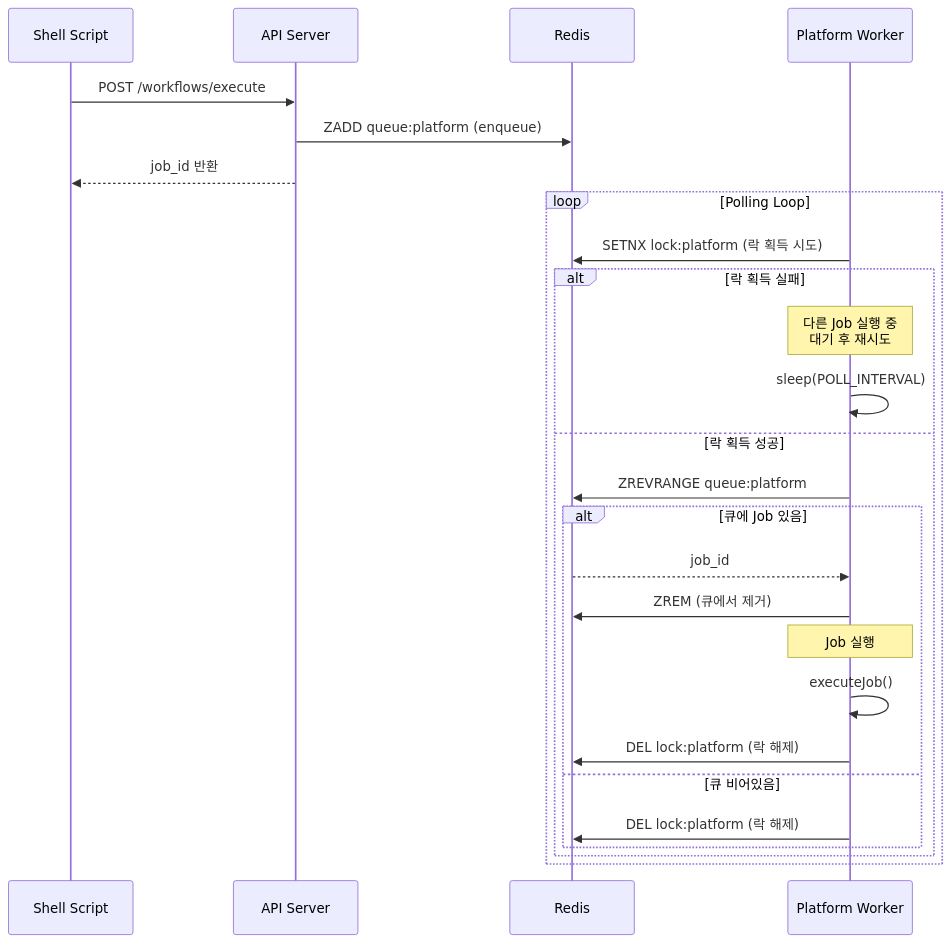
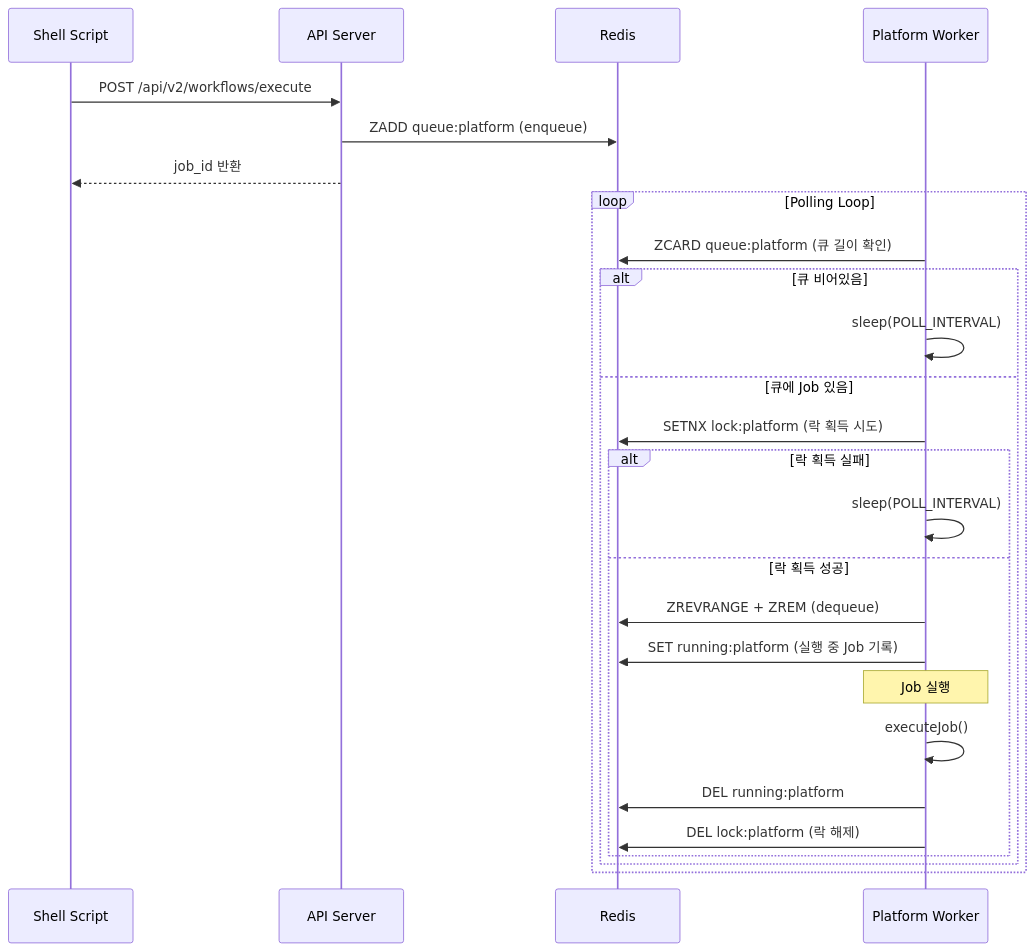
Before and after one commit to grandeclip/pouchit-scraper: the second of 2 diagrams in product_scanner/docs/MULTI_WORKER_QUEUE_DESIGN.md, drawn with Mermaid. The commit also changed other lines of this file and 10 other files, not shown here.

First line of the commit message:
feat(queue): Multi-Worker Queue System Phase 1 & 2 구현 완료

````diff
--- a/product_scanner/docs/MULTI_WORKER_QUEUE_DESIGN.md
+++ b/product_scanner/docs/MULTI_WORKER_QUEUE_DESIGN.md
@@ -183,30 +112,30 @@
 ```mermaid
 sequenceDiagram
     participant Client as Shell Script
     participant Server as API Server
     participant Redis
     participant Worker as Platform Worker
 
-    Client->>Server: POST /workflows/execute
+    Client->>Server: POST /api/v2/workflows/execute
     Server->>Redis: ZADD queue:platform (enqueue)
     Server-->>Client: job_id 반환
 
     loop Polling Loop
-        Worker->>Redis: SETNX lock:platform (락 획득 시도)
-        alt 락 획득 실패
-            Note over Worker: 다른 Job 실행 중<br/>대기 후 재시도
+        Worker->>Redis: ZCARD queue:platform (큐 길이 확인)
+        alt 큐 비어있음
             Worker->>Worker: sleep(POLL_INTERVAL)
-        else 락 획득 성공
-            Worker->>Redis: ZREVRANGE queue:platform
-            alt 큐에 Job 있음
-                Redis-->>Worker: job_id
-                Worker->>Redis: ZREM (큐에서 제거)
+        else 큐에 Job 있음
+            Worker->>Redis: SETNX lock:platform (락 획득 시도)
+            alt 락 획득 실패
+                Worker->>Worker: sleep(POLL_INTERVAL)
+            else 락 획득 성공
+                Worker->>Redis: ZREVRANGE + ZREM (dequeue)
+                Worker->>Redis: SET running:platform (실행 중 Job 기록)
                 Note over Worker: Job 실행
                 Worker->>Worker: executeJob()
-                Worker->>Redis: DEL lock:platform (락 해제)
-            else 큐 비어있음
+                Worker->>Redis: DEL running:platform
                 Worker->>Redis: DEL lock:platform (락 해제)
             end
         end
     end
 ```
````
